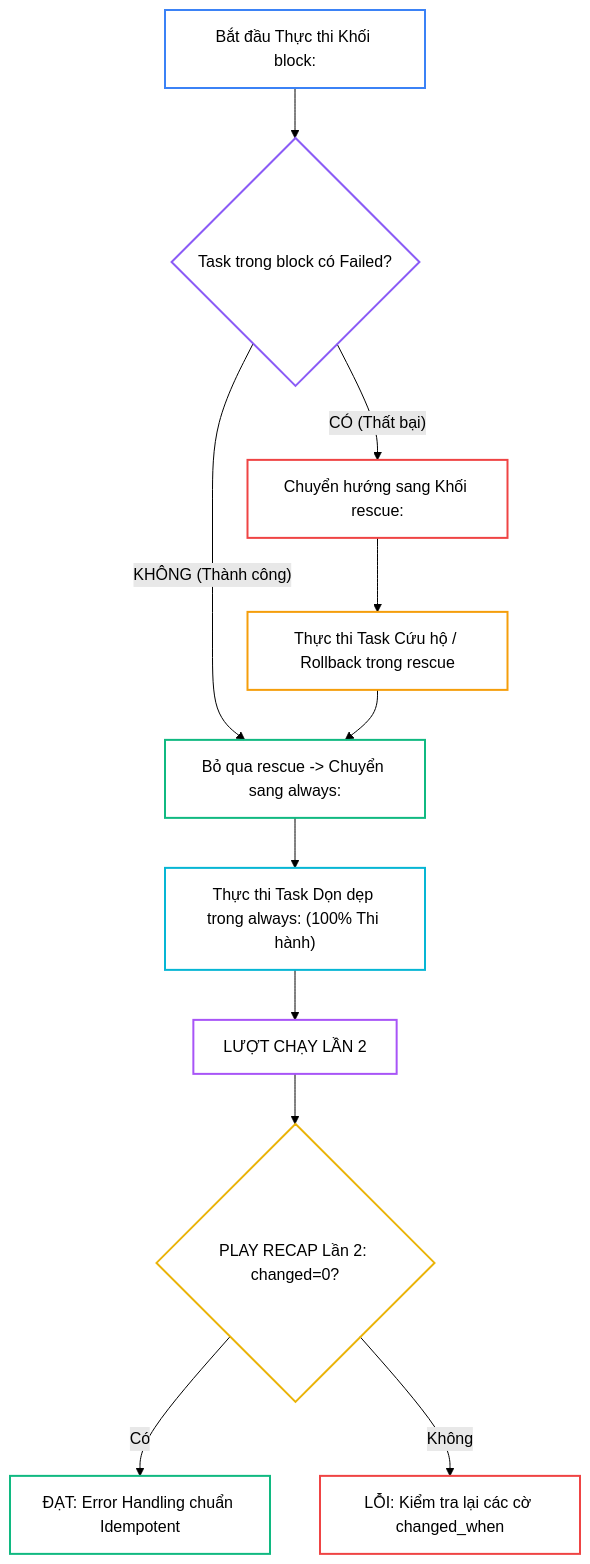
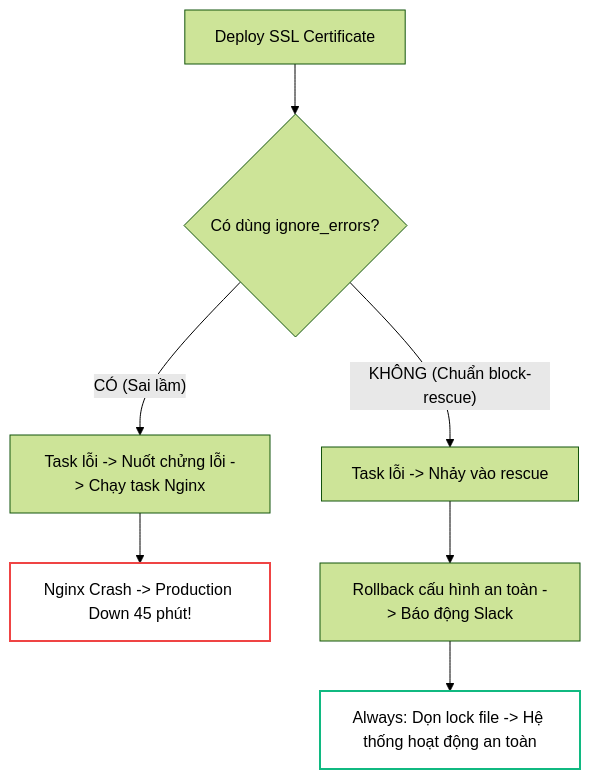
One commit to kiennt308/ntk changed the second of 3 diagrams in _posts/2026-09-13-ansible-13-13-blocks-error-handling.md. Above: the diagram before and after it, drawn with Mermaid (forest theme). The commit also changed other lines of this file and 30 other files, not shown here.

````diff
--- a/_posts/2026-09-13-ansible-13-13-blocks-error-handling.md
+++ b/_posts/2026-09-13-ansible-13-13-blocks-error-handling.md
@@ -325,26 +222,13 @@
 ```mermaid
 flowchart TD
-    A["Bắt đầu Thực thi Khối block:"] --> B{"Task trong block có Failed?"}
-    B -->|"KHÔNG (Thành công)"| C["Bỏ qua rescue -> Chuyển sang always:"]
-    B -->|"CÓ (Thất bại)"| D["Chuyển hướng sang Khối rescue:"]
+    A["Deploy SSL Certificate"] --> B{"Có dùng ignore_errors?"}
+    B -->|"CÓ (Sai lầm)"| C["Task lỗi -> Nuốt chửng lỗi -> Chạy task Nginx"]
+    C --> D["Nginx Crash -> Production Down 45 phút!"]
     
-    D --> E["Thực thi Task Cứu hộ / Rollback trong rescue"]
-    E --> C
-    
-    C --> F["Thực thi Task Dọn dẹp trong always: (100% Thi hành)"]
-    F --> G["LƯỢT CHẠY LẦN 2"]
-    G --> H{"PLAY RECAP Lần 2: changed=0?"}
-    H -->|"Có"| I["ĐẠT: Error Handling chuẩn Idempotent"]
-    H -->|"Không"| J["LỖI: Kiểm tra lại các cờ changed_when"]
+    B -->|"KHÔNG (Chuẩn block-rescue)"| E["Task lỗi -> Nhảy vào rescue"]
+    E --> F["Rollback cấu hình an toàn -> Báo động Slack"]
+    F --> G["Always: Dọn lock file -> Hệ thống hoạt động an toàn"]
 
-    style A fill:none,stroke:#3b82f6,stroke-width:2px
-    style B fill:none,stroke:#8b5cf6,stroke-width:2px
-    style C fill:none,stroke:#10b981,stroke-width:2px
     style D fill:none,stroke:#ef4444,stroke-width:2px
-    style E fill:none,stroke:#f59e0b,stroke-width:2px
-    style F fill:none,stroke:#06b6d4,stroke-width:2px
-    style G fill:none,stroke:#a855f7,stroke-width:2px
-    style H fill:none,stroke:#eab308,stroke-width:2px
-    style I fill:none,stroke:#10b981,stroke-width:2px
-    style J fill:none,stroke:#ef4444,stroke-width:2px
+    style G fill:none,stroke:#10b981,stroke-width:2px
 ```
````
